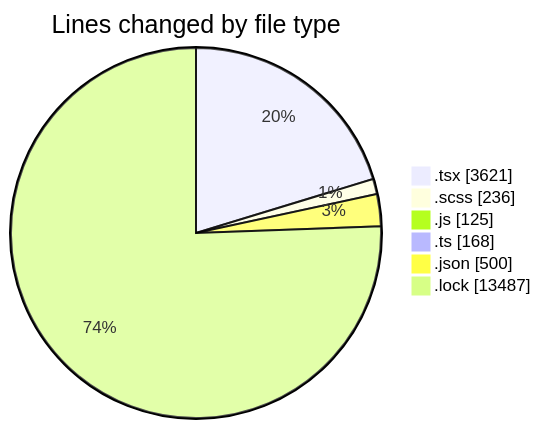
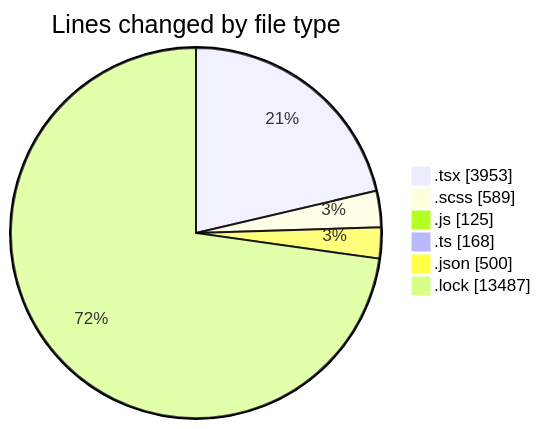
The first of 2 diagrams in 2026-04-24/cda/README.md (momahboobian/code-tracking), drawn with Mermaid before and after one commit. The commit also changed other lines of this file and 1 other file, not shown here.

````diff
--- a/2026-04-24/cda/README.md
+++ b/2026-04-24/cda/README.md
@@ -47,10 +48,10 @@
 ```mermaid
 pie showData
 title Lines changed by file type
-".tsx" : 3621
-".scss" : 236
+".tsx" : 3953
+".scss" : 589
 ".js" : 125
 ".ts" : 168
 ".json" : 500
 ".lock" : 13487
 ```
````
